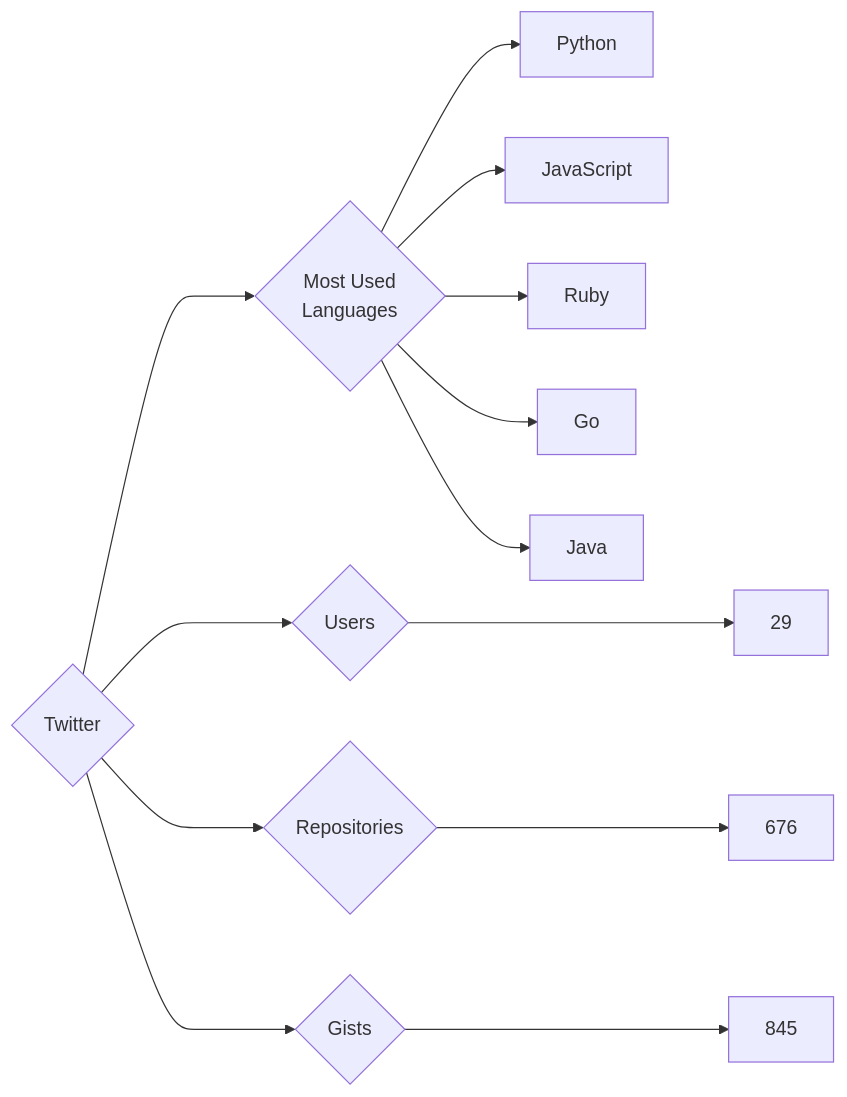
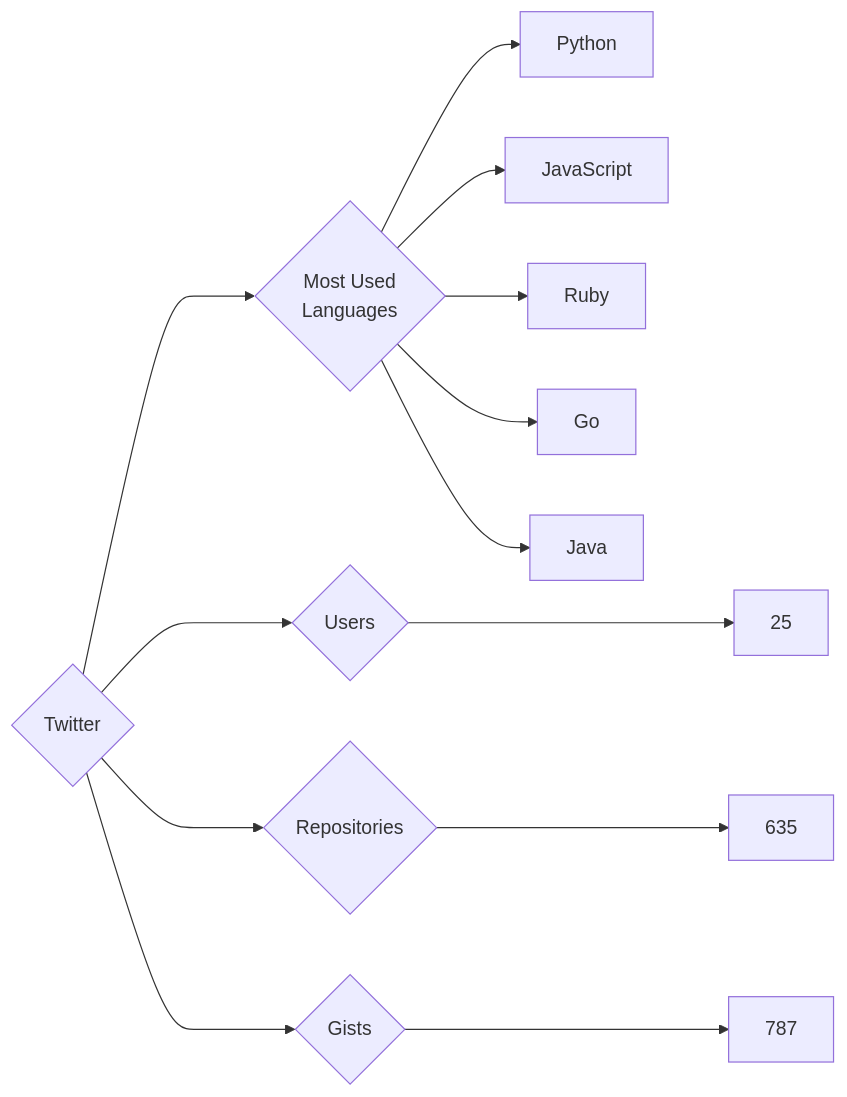
One commit to trickest/insiders changed the diagram in targets/Twitter/README.md. Above: the diagram before and after it, drawn with Mermaid. The commit also changed 797 other files, not shown here.

````diff
--- a/targets/Twitter/README.md
+++ b/targets/Twitter/README.md
@@ -3,13 +3,13 @@
 ```mermaid
 graph LR
 COMPANY_NAME{Twitter}
-COMPANY_NAME ---> U{Users} ---> UN[29]
-COMPANY_NAME ---> R{Repositories} ---> RN[676]
-COMPANY_NAME ---> G{Gists} ---> GN[845]
+COMPANY_NAME ---> U{Users} ---> UN[25]
+COMPANY_NAME ---> R{Repositories} ---> RN[635]
+COMPANY_NAME ---> G{Gists} ---> GN[787]
 COMPANY_NAME ---> ML{Most Used<br>Languages}
 ML --> Python[Python]
 ML --> JavaScript[JavaScript]
 ML --> Ruby[Ruby]
 ML --> Go[Go]
 ML --> Java[Java]
 ```
````
